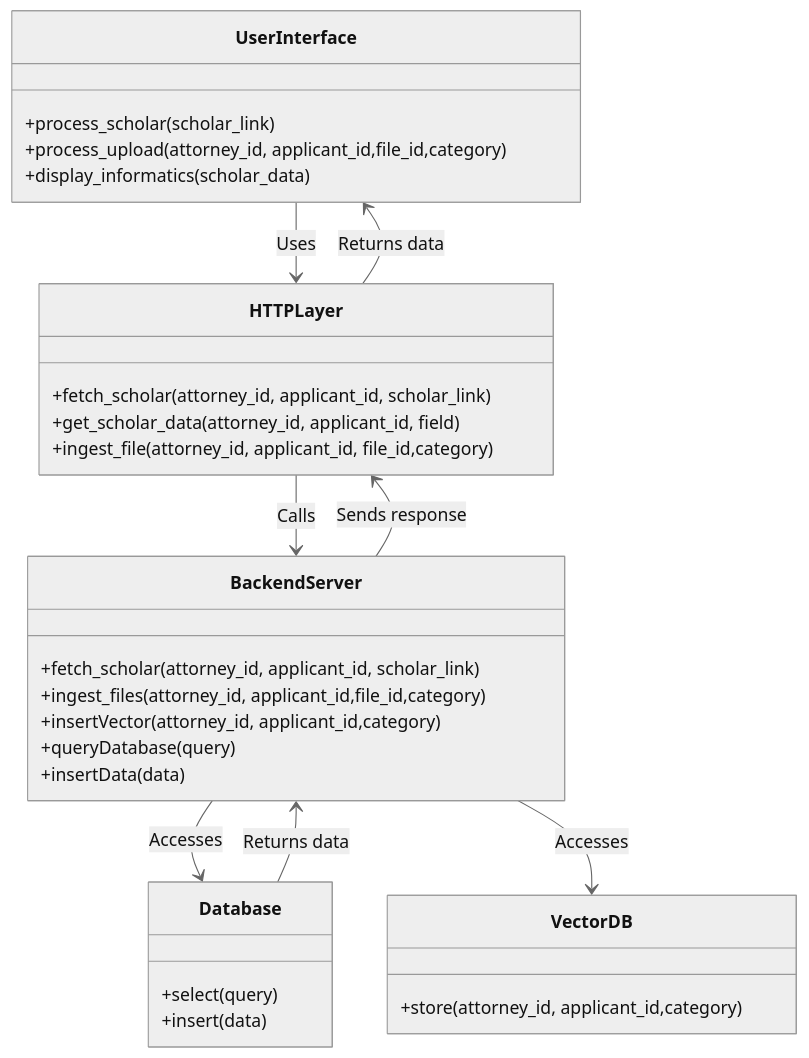
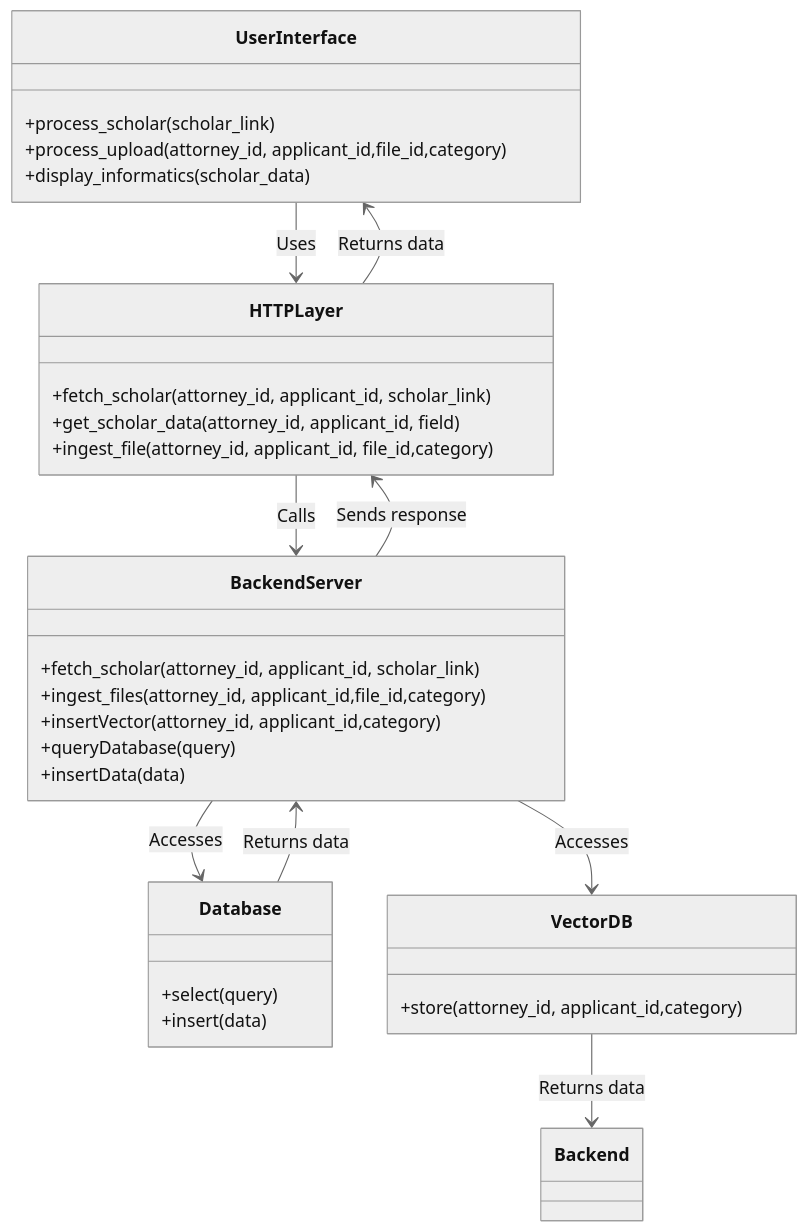
The diagram in api_diagram.md (Orison-AI/orison_ai), drawn with Mermaid (neutral theme) before and after one commit.

````diff
--- a/api_diagram.md
+++ b/api_diagram.md
@@ -1,39 +1,40 @@
 ```mermaid
 classDiagram
 class UserInterface {
         +process_scholar(scholar_link)
         +process_upload(attorney_id, applicant_id,file_id,category)
         +display_informatics(scholar_data)
     }
 
 class HTTPLayer {
         +fetch_scholar(attorney_id, applicant_id, scholar_link)
         +get_scholar_data(attorney_id, applicant_id, field)
         +ingest_file(attorney_id, applicant_id, file_id,category)
     }
 
 class BackendServer {
         +fetch_scholar(attorney_id, applicant_id, scholar_link)
         +ingest_files(attorney_id, applicant_id,file_id,category)
         +insertVector(attorney_id, applicant_id,category)
         +queryDatabase(query)
         +insertData(data)
     }
 
 class Database {
         +select(query)
         +insert(data)
     }
 
 class VectorDB {
     +store(attorney_id, applicant_id,category)
 }
 
 UserInterface-- > HTTPLayer: Uses
 HTTPLayer-- > BackendServer: Calls
 BackendServer-- > Database: Accesses
 BackendServer-- > VectorDB: Accesses
 Database --> BackendServer: Returns data
 BackendServer --> HTTPLayer: Sends response
 HTTPLayer --> UserInterface: Returns data
+VectorDB --> Backend: Returns data
 ```
````
